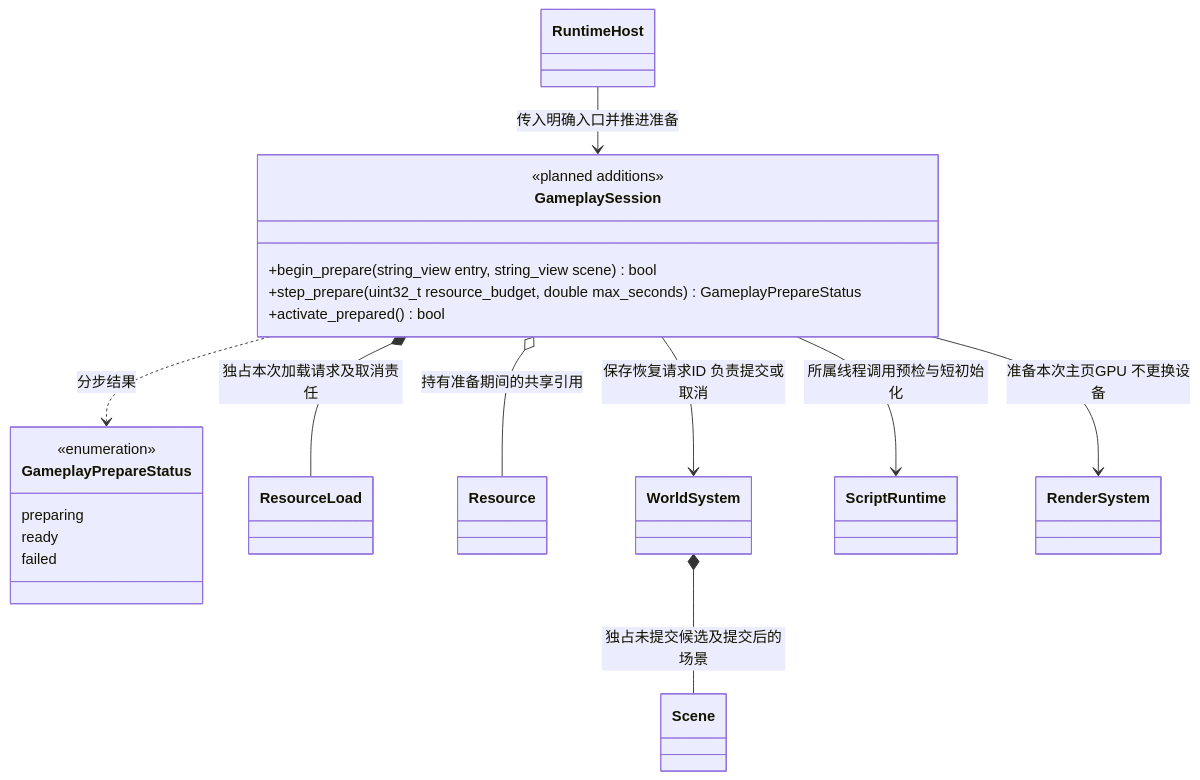
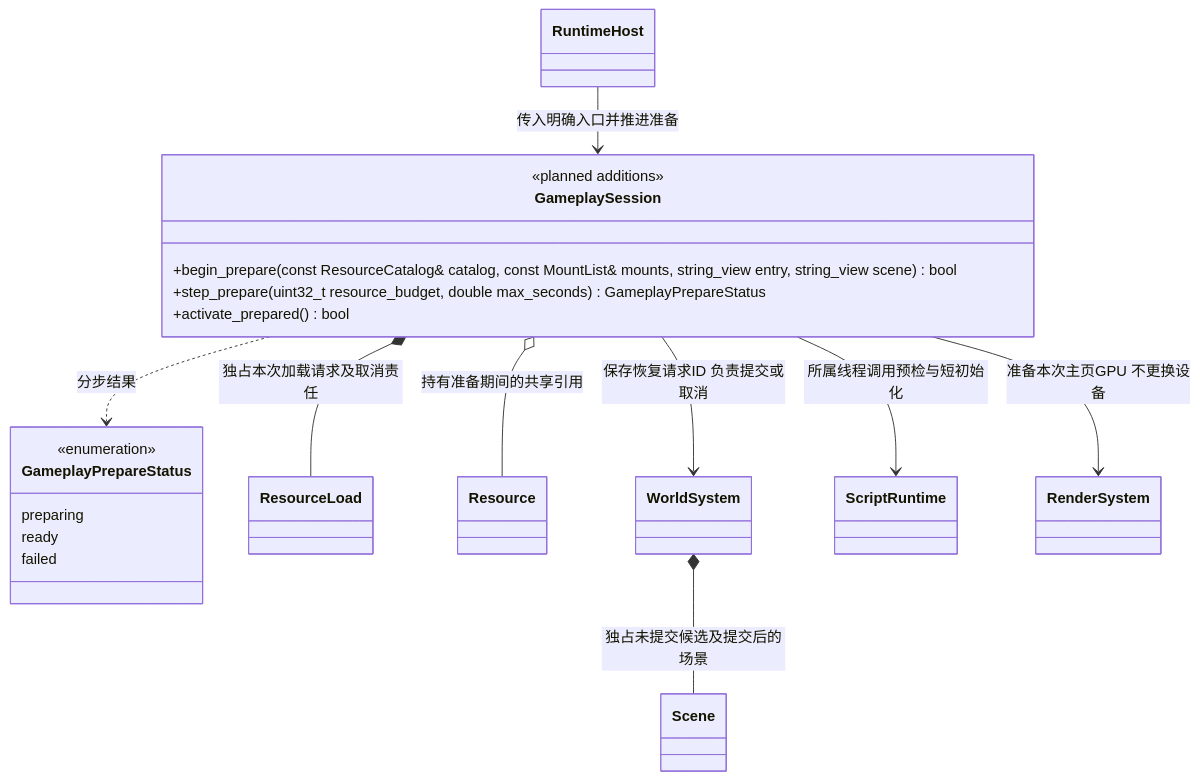
One commit to lcals/Engine changed the third of 4 diagrams in docs/runtime/class-diagrams/movie-startup.md. Above: the diagram before and after it, drawn with Mermaid. The commit also changed other lines of this file and 95 other files, not shown here.

````diff
--- a/docs/runtime/class-diagrams/movie-startup.md
+++ b/docs/runtime/class-diagrams/movie-startup.md
@@ -158,30 +164,30 @@
 ```mermaid
 classDiagram
     class GameplaySession {
         <<planned additions>>
-        +begin_prepare(string_view entry, string_view scene) bool
+        +begin_prepare(const ResourceCatalog& catalog, const MountList& mounts, string_view entry, string_view scene) bool
         +step_prepare(uint32_t resource_budget, double max_seconds) GameplayPrepareStatus
         +activate_prepared() bool
     }
     class GameplayPrepareStatus {
         <<enumeration>>
         preparing
         ready
         failed
     }
     class ResourceLoad
     class Resource
     class WorldSystem
     class Scene
     class ScriptRuntime
     class RenderSystem
     class RuntimeHost
     GameplaySession *-- ResourceLoad : 独占本次加载请求及取消责任
     GameplaySession o-- Resource : 持有准备期间的共享引用
     GameplaySession --> WorldSystem : 保存恢复请求ID 负责提交或取消
     WorldSystem *-- Scene : 独占未提交候选及提交后的场景
     GameplaySession --> ScriptRuntime : 所属线程调用预检与短初始化
     GameplaySession --> RenderSystem : 准备本次主页GPU 不更换设备
     GameplaySession ..> GameplayPrepareStatus : 分步结果
     RuntimeHost --> GameplaySession : 传入明确入口并推进准备
 ```
````
